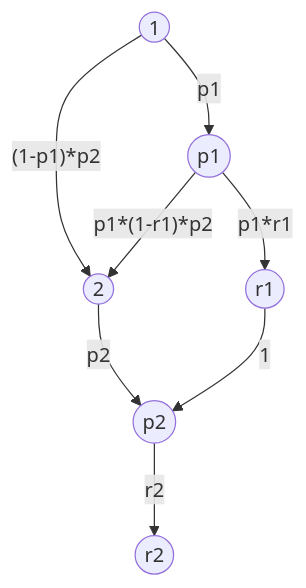
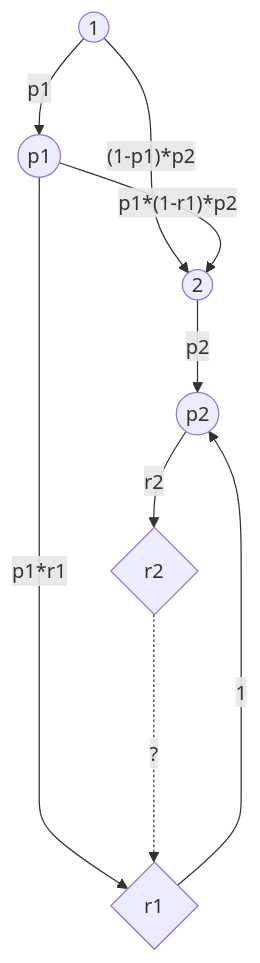
One commit to bfeitknecht/vault changed the second of 2 diagrams in vault/sem2/AuW/UE/cx/bf/cx07-bf.md. Above: the diagram before and after it, drawn with Mermaid.

Commit message:
vault backup: 2024-05-03 18:00:15 from MacBook Pro (echo)
Affected files:
vault/sem2/AuW/UE/cx/bf/cx07-bf.md

````diff
--- a/vault/sem2/AuW/UE/cx/bf/cx07-bf.md
+++ b/vault/sem2/AuW/UE/cx/bf/cx07-bf.md
@@ -31,13 +31,18 @@
 ```mermaid
 flowchart TD
 
+
 id1((1))-->|"(1-p1)*p2"|id2((2))
 id1-->|"p1"|id3((p1))
-id3-->|"p1*r1"|id4((r1))
+id3-->|"p1*r1"|id4{r1}
 id3-->|"p1*(1-r1)*p2"|id2
 id2-->|"p2"|id5((p2))
 id4-->|"1"|id5
-id5-->|"r2"|id6((r2))
+id5-->|"r2"|id6{r2}
+id6-...->|?|id4
+
+
+
 
 
 ```
````
